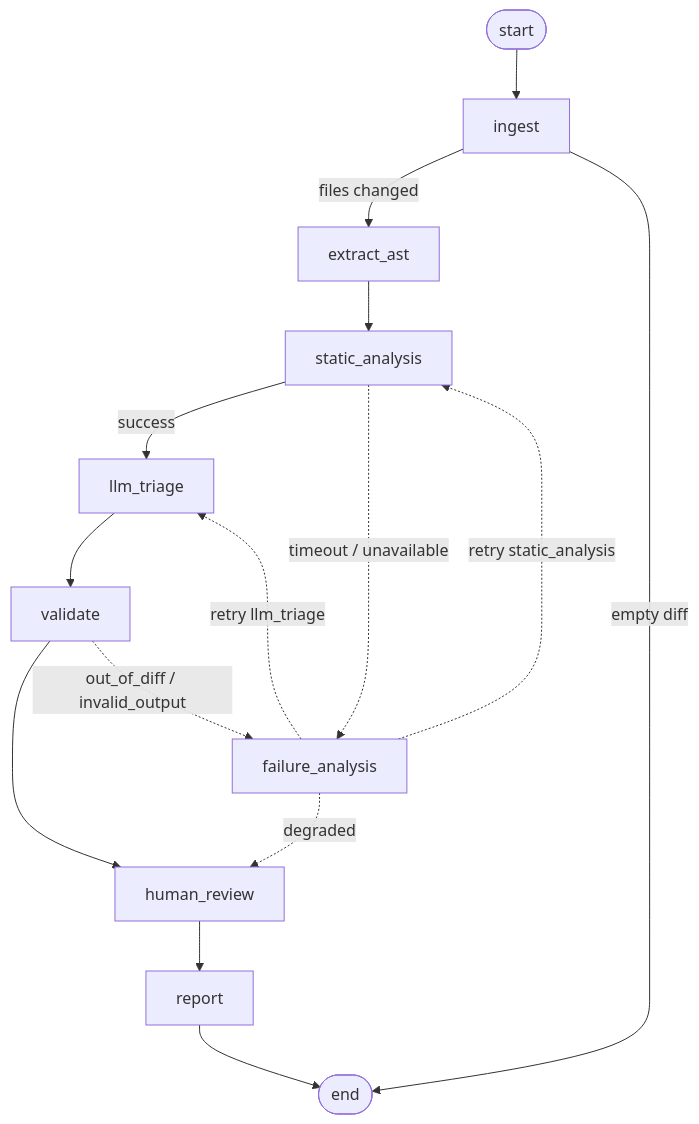
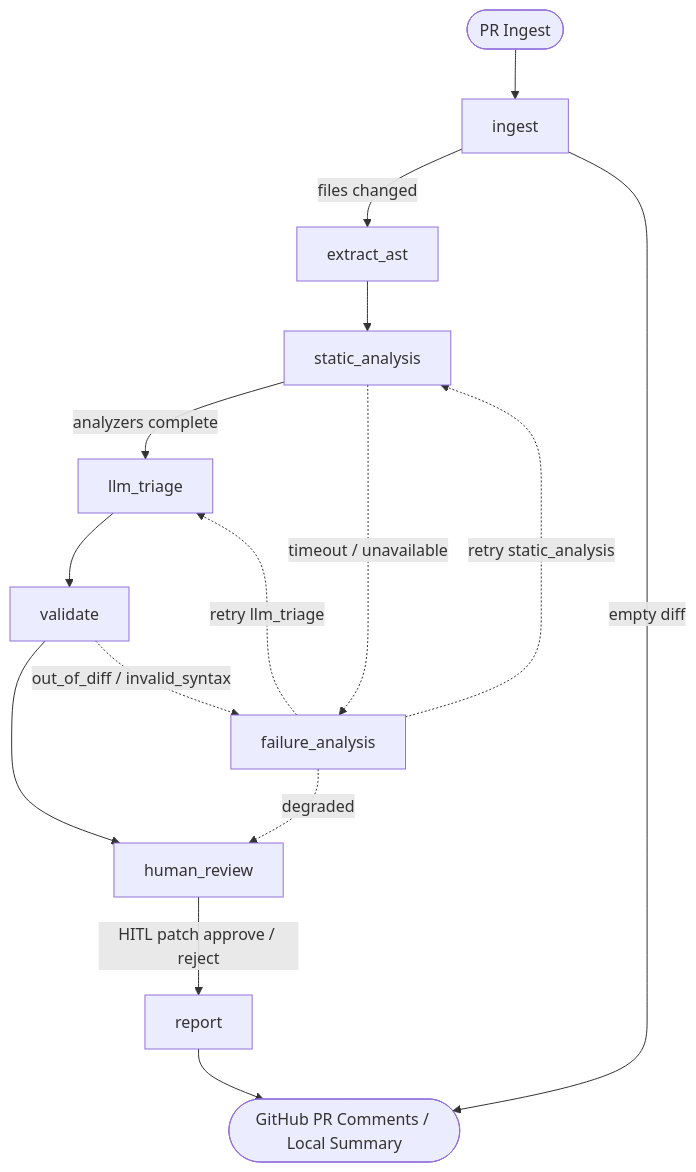
The diagram in README.md (ancientdev0x/codesentinel), drawn with Mermaid before and after one commit. The commit also changed other lines of this file and 1 other file, not shown here.

````diff
--- a/README.md
+++ b/README.md
@@ -69,17 +31,17 @@
 ```mermaid
 flowchart TD
-	__start__([start]) --> ingest[ingest];
-	ingest -->|files changed| extract_ast[extract_ast];
-	ingest -->|empty diff| __end__([end]);
-	extract_ast --> static_analysis[static_analysis];
-	static_analysis -->|success| llm_triage[llm_triage];
-	static_analysis -.->|timeout / unavailable| failure_analysis[failure_analysis];
-	llm_triage --> validate[validate];
-	validate --> human_review[human_review];
-	validate -.->|out_of_diff / invalid_output| failure_analysis;
-	failure_analysis -.->|retry static_analysis| static_analysis;
-	failure_analysis -.->|retry llm_triage| llm_triage;
-	failure_analysis -.->|degraded| human_review;
-	human_review --> report[report];
-	report --> __end__([end]);
+    __start__([PR Ingest]) --> ingest[ingest];
+    ingest -->|files changed| extract_ast[extract_ast];
+    ingest -->|empty diff| __end__([end]);
+    extract_ast --> static_analysis[static_analysis];
+    static_analysis -->|analyzers complete| llm_triage[llm_triage];
+    static_analysis -.->|timeout / unavailable| failure_analysis[failure_analysis];
+    llm_triage --> validate[validate];
+    validate --> human_review[human_review];
+    validate -.->|out_of_diff / invalid_syntax| failure_analysis;
+    failure_analysis -.->|retry static_analysis| static_analysis;
+    failure_analysis -.->|retry llm_triage| llm_triage;
+    failure_analysis -.->|degraded| human_review;
+    human_review -->|HITL patch approve / reject| report[report];
+    report --> __end__([GitHub PR Comments / Local Summary]);
 ```
````
